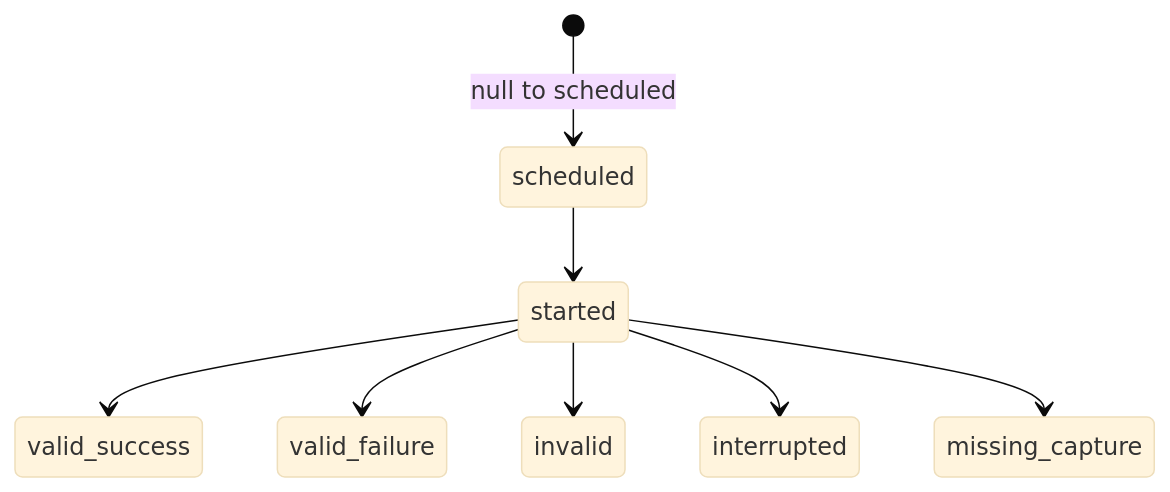
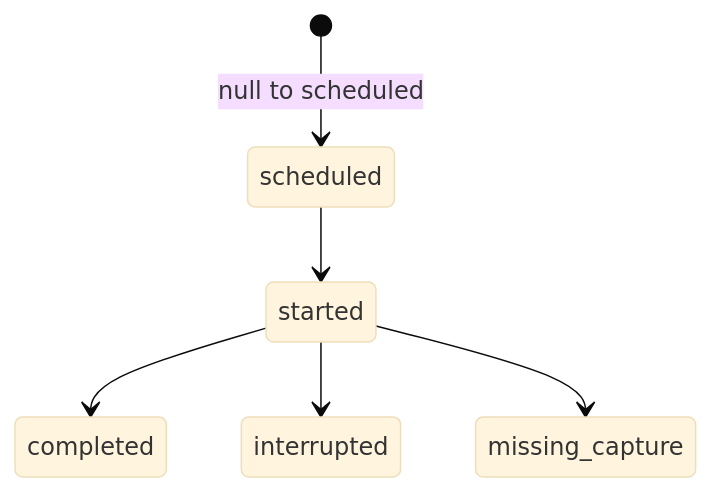
One commit to mingazhev/agent-evals-standard changed the second of 2 diagrams in standard/scorecard-contract.md. Above: the diagram before and after it, drawn with Mermaid (base theme). The commit also changed other lines of this file and 22 other files, not shown here.

````diff
--- a/standard/scorecard-contract.md
+++ b/standard/scorecard-contract.md
@@ -424,10 +459,8 @@
 ```mermaid
 stateDiagram-v2
   [*] --> scheduled: null to scheduled
   scheduled --> started
-  started --> valid_success
-  started --> valid_failure
-  started --> invalid
+  started --> completed
   started --> interrupted
   started --> missing_capture
 ```
````
